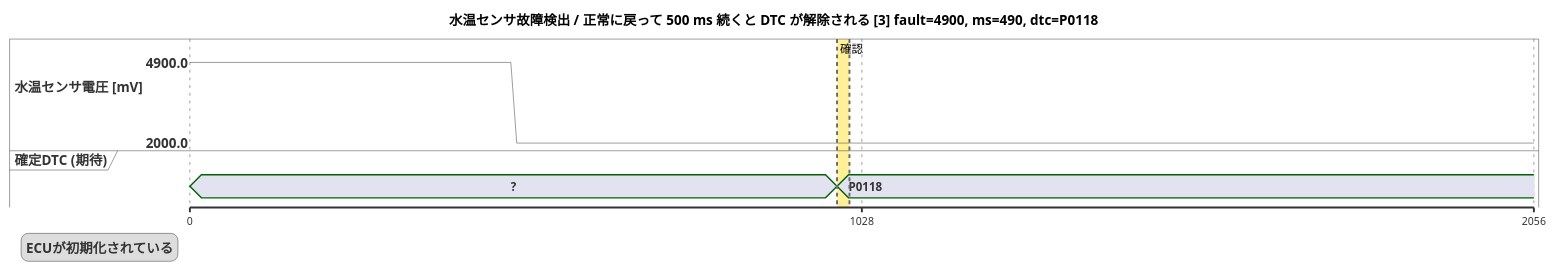
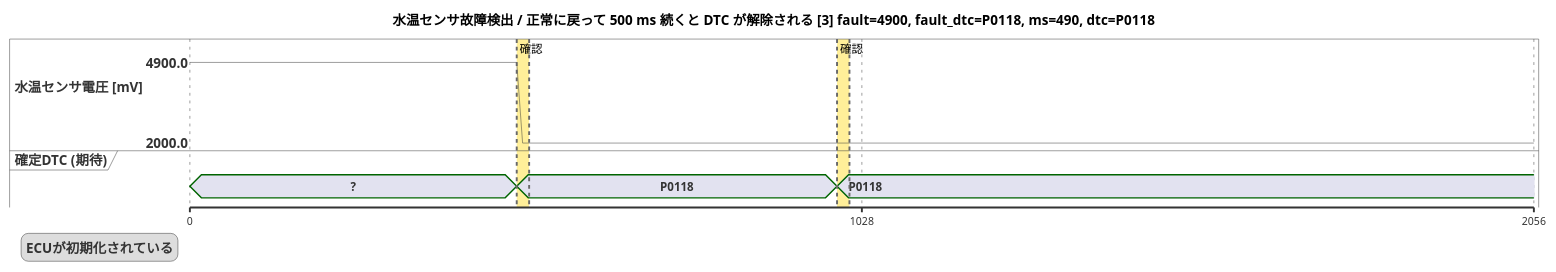
Before and after one commit to YitKubo/poc_bdd: the diagram in charts/ect_sensor_diag/正常に戻って_500_ms_続くと_DTC_が解除される_03.puml, drawn with PlantUML. The commit also changed 24 other files, not shown here.

```diff
--- a/charts/ect_sensor_diag/正常に戻って_500_ms_続くと_DTC_が解除される_03.puml
+++ b/charts/ect_sensor_diag/正常に戻って_500_ms_続くと_DTC_が解除される_03.puml
@@ -1,24 +1,26 @@
 @startuml
 skinparam defaultFontName IPAGothic
-title 水温センサ故障検出 / 正常に戻って 500 ms 続くと DTC が解除される [3] fault=4900, ms=490, dtc=P0118
+title 水温センサ故障検出 / 正常に戻って 500 ms 続くと DTC が解除される [3] fault=4900, fault_dtc=P0118, ms=490, dtc=P0118
 scale 1028 as 700 pixels
 legend left
   ECUが初期化されている
 endlegend
 analog "水温センサ電圧 [mV]" between 2000 and 4900 as s0
 concise "確定DTC (期待)" as s1
 
 @0
 s0 is 4900
 s1 is "?"
-@491
+@500
 s0 is 4900
-@500
+s1 is "P0118"
+@509
 s0 is 2000
 @990
 s1 is "P0118"
 @1028
 s0 is 2000
 @1028
+highlight 500 to 519 #FFD70066;line:DimGrey : 確認
 highlight 990 to 1009 #FFD70066;line:DimGrey : 確認
 @enduml
```
